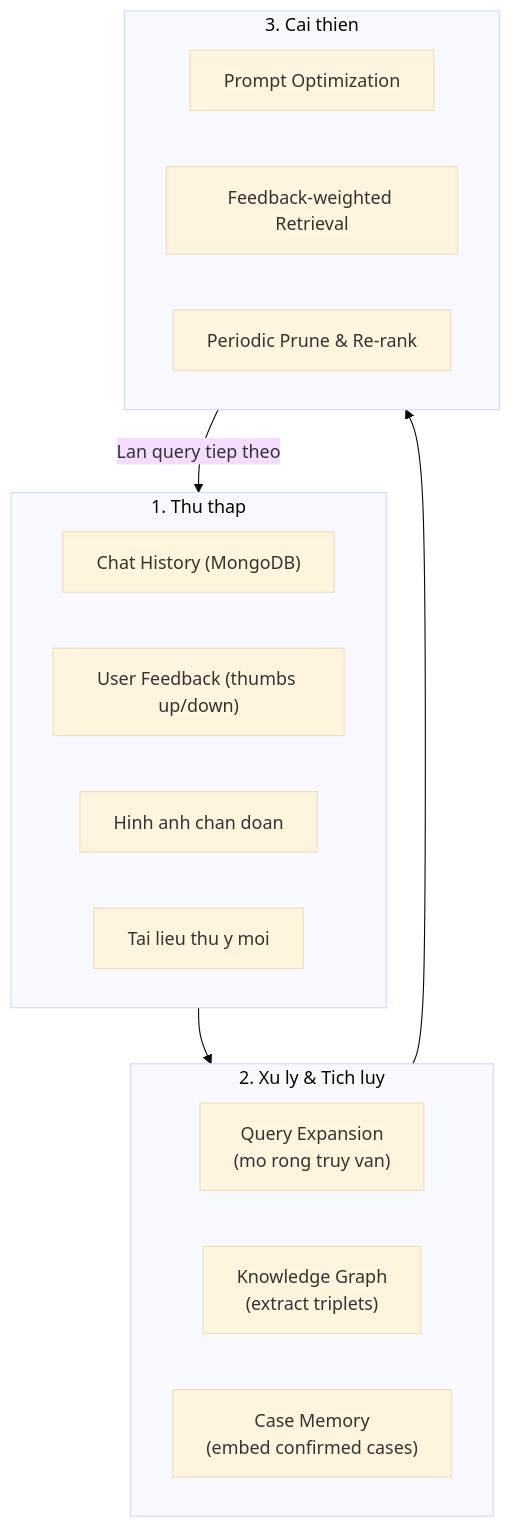
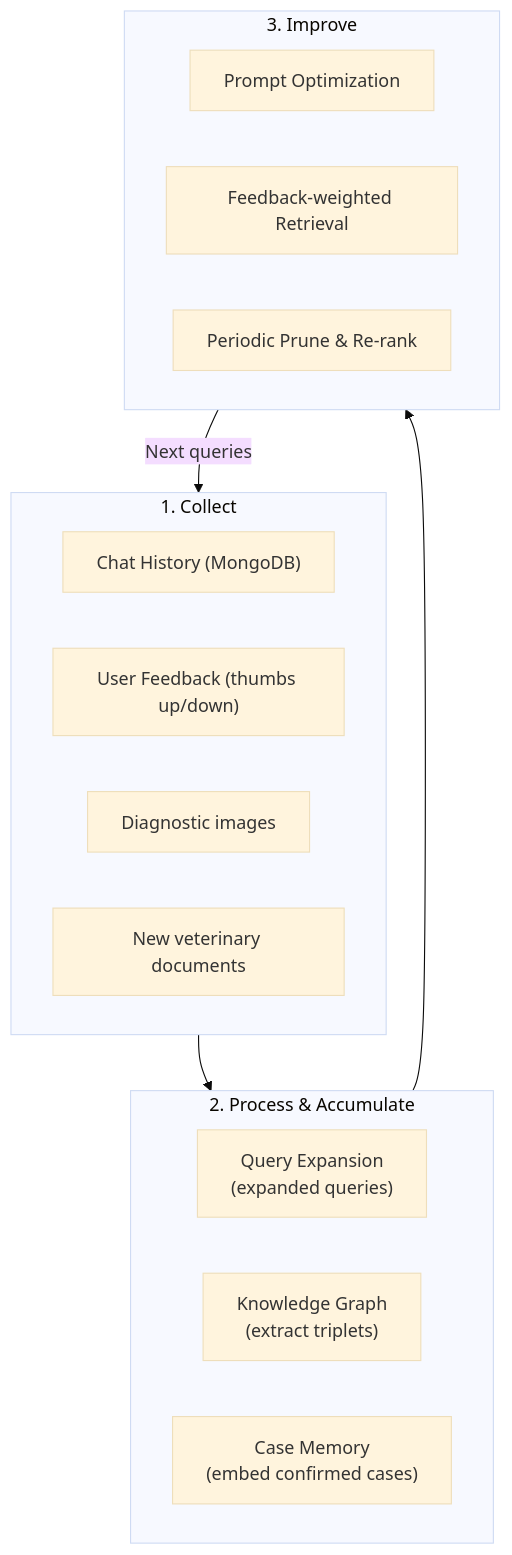
The second of 13 diagrams in docs-references/documentation/AI_SERVICE_TECHNICAL_SPECIFICATION.md (espresso23/Petties-Veterinary-Appointment-Booking-Platform), drawn with Mermaid (base theme) before and after one commit. The commit also changed other lines of this file and 56 other files, not shown here.

````diff
--- a/docs-references/documentation/AI_SERVICE_TECHNICAL_SPECIFICATION.md
+++ b/docs-references/documentation/AI_SERVICE_TECHNICAL_SPECIFICATION.md
@@ -239,25 +239,25 @@
 ```mermaid
 flowchart TB
-    subgraph COLLECT["1. Thu thap"]
+    subgraph COLLECT["1. Collect"]
         Chat["Chat History (MongoDB)"]
         FB["User Feedback (thumbs up/down)"]
-        Img["Hinh anh chan doan"]
-        Doc["Tai lieu thu y moi"]
+        Img["Diagnostic images"]
+        Doc["New veterinary documents"]
     end
     
-    subgraph PROCESS["2. Xu ly & Tich luy"]
-        QE["Query Expansion<br/>(mo rong truy van)"]
+    subgraph PROCESS["2. Process & Accumulate"]
+        QE["Query Expansion<br/>(expanded queries)"]
         KG["Knowledge Graph<br/>(extract triplets)"]
         CM["Case Memory<br/>(embed confirmed cases)"]
     end
     
-    subgraph IMPROVE["3. Cai thien"]
+    subgraph IMPROVE["3. Improve"]
         Prompt["Prompt Optimization"]
         Rerank["Feedback-weighted Retrieval"]
         Prune["Periodic Prune & Re-rank"]
     end
     
     COLLECT --> PROCESS
     PROCESS --> IMPROVE
-    IMPROVE -->|"Lan query tiep theo"| COLLECT
+    IMPROVE -->|"Next queries"| COLLECT
 ```
````
